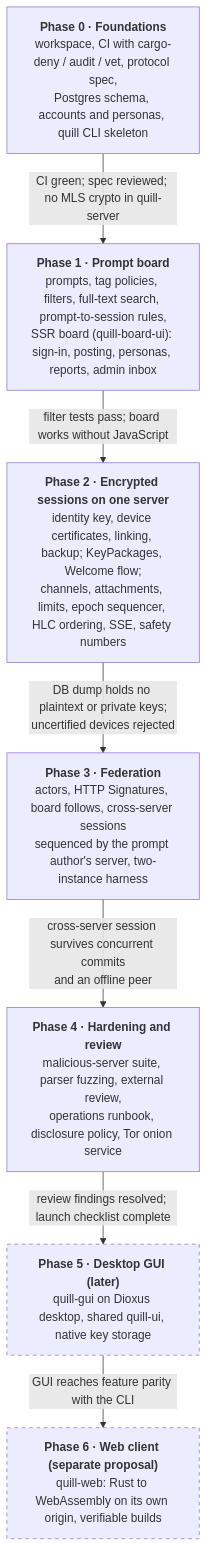
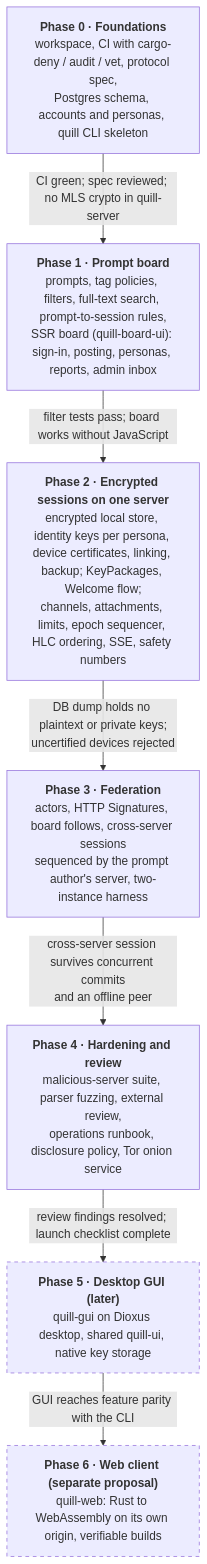
Before and after one commit to thecsapprentice/quill: the second of 2 diagrams in docs/plan.md, drawn with Mermaid. The commit also changed other lines of this file and 26 other files, not shown here.

First line of the commit message:
Phase 2a: encrypted local store (#9)

````diff
--- a/docs/plan.md
+++ b/docs/plan.md
@@ -547,20 +548,20 @@
 ```mermaid
 flowchart TD
   P0["<b>Phase 0 · Foundations</b><br/>workspace, CI with cargo-deny / audit / vet, protocol spec,<br/>Postgres schema, accounts and personas, quill CLI skeleton"]
   P1["<b>Phase 1 · Prompt board</b><br/>prompts, tag policies, filters, full-text search, prompt-to-session rules,<br/>SSR board (quill-board-ui): sign-in, posting, personas, reports, admin inbox"]
-  P2["<b>Phase 2 · Encrypted sessions on one server</b><br/>identity key, device certificates, linking, backup; KeyPackages, Welcome flow;<br/>channels, attachments, limits, epoch sequencer, HLC ordering, SSE, safety numbers"]
+  P2["<b>Phase 2 · Encrypted sessions on one server</b><br/>encrypted local store, identity keys per persona, device certificates, linking, backup; KeyPackages, Welcome flow;<br/>channels, attachments, limits, epoch sequencer, HLC ordering, SSE, safety numbers"]
   P3["<b>Phase 3 · Federation</b><br/>actors, HTTP Signatures, board follows, cross-server sessions<br/>sequenced by the prompt author's server, two-instance harness"]
   P4["<b>Phase 4 · Hardening and review</b><br/>malicious-server suite, parser fuzzing, external review,<br/>operations runbook, disclosure policy, Tor onion service"]
   P5["<b>Phase 5 · Desktop GUI (later)</b><br/>quill-gui on Dioxus desktop, shared quill-ui, native key storage"]
   P6["<b>Phase 6 · Web client (separate proposal)</b><br/>quill-web: Rust to WebAssembly on its own origin, verifiable builds"]
 
   P0 -->|"CI green; spec reviewed; no MLS crypto in quill-server"| P1
   P1 -->|"filter tests pass; board works without JavaScript"| P2
   P2 -->|"DB dump holds no plaintext or private keys;<br/>uncertified devices rejected"| P3
   P3 -->|"cross-server session survives concurrent commits<br/>and an offline peer"| P4
   P4 -->|"review findings resolved; launch checklist complete"| P5
   P5 -->|"GUI reaches feature parity with the CLI"| P6
 
   classDef later stroke-dasharray: 5 5
   class P5,P6 later
 ```
````
